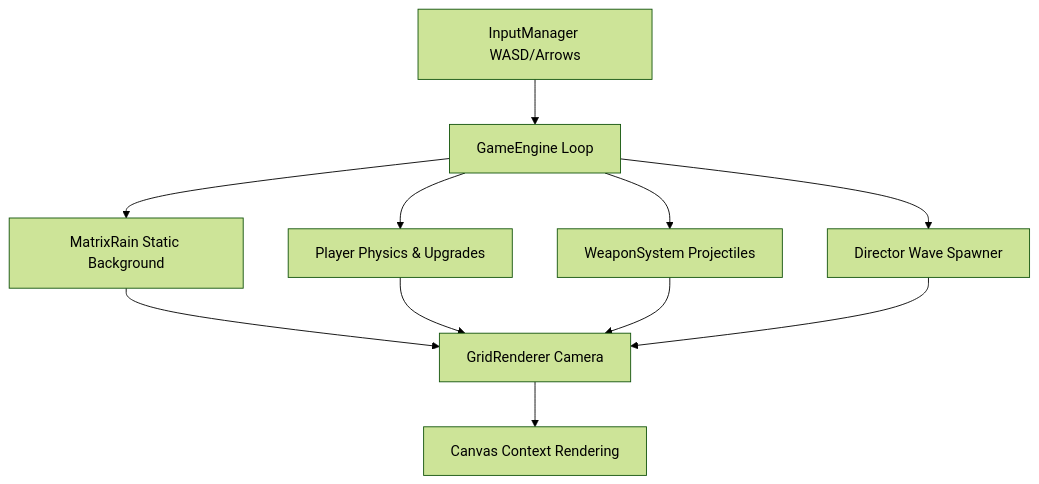
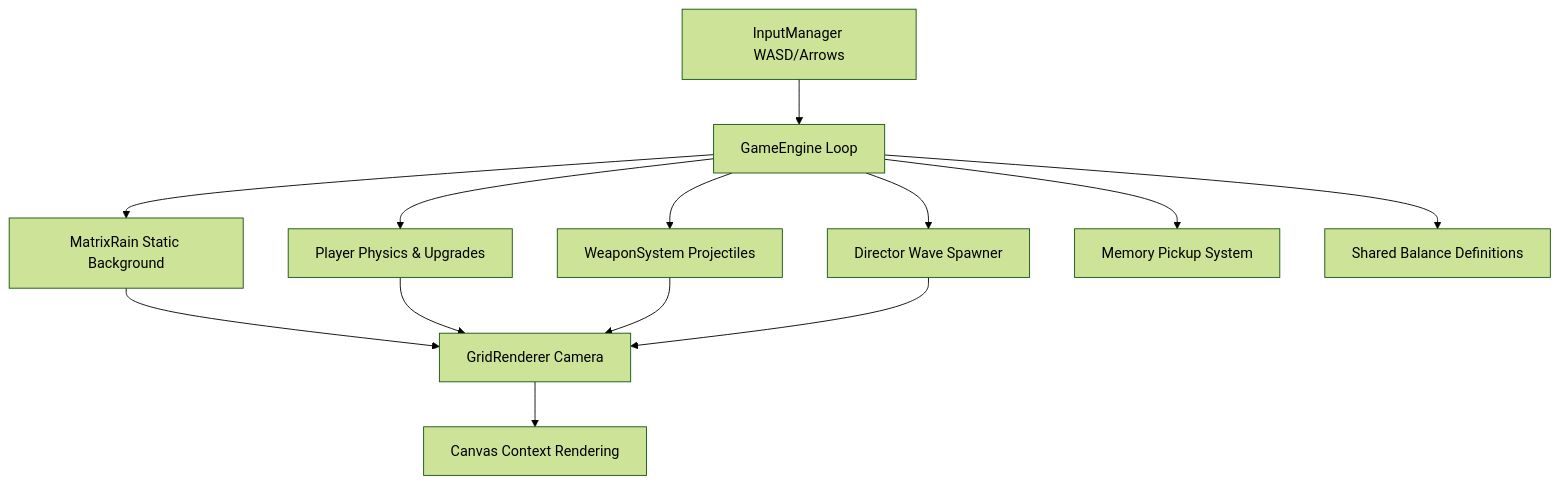
The tenth of 10 diagrams in README.md (Abubakkar-Khan/void_ptr), drawn with Mermaid (forest theme) before and after one commit. The commit also changed other lines of this file and 18 other files, not shown here.

````diff
--- a/README.md
+++ b/README.md
@@ -344,15 +341,17 @@
 ```mermaid
 graph TD
     A[InputManager WASD/Arrows] --> B[GameEngine Loop]
     B --> C[MatrixRain Static Background]
     B --> D[Player Physics & Upgrades]
     B --> E[WeaponSystem Projectiles]
     B --> F[Director Wave Spawner]
+    B --> I[Memory Pickup System]
+    B --> J[Shared Balance Definitions]
     
     C --> G[GridRenderer Camera]
     D --> G
     E --> G
     F --> G
     
     G --> H[Canvas Context Rendering]
 ```
````
